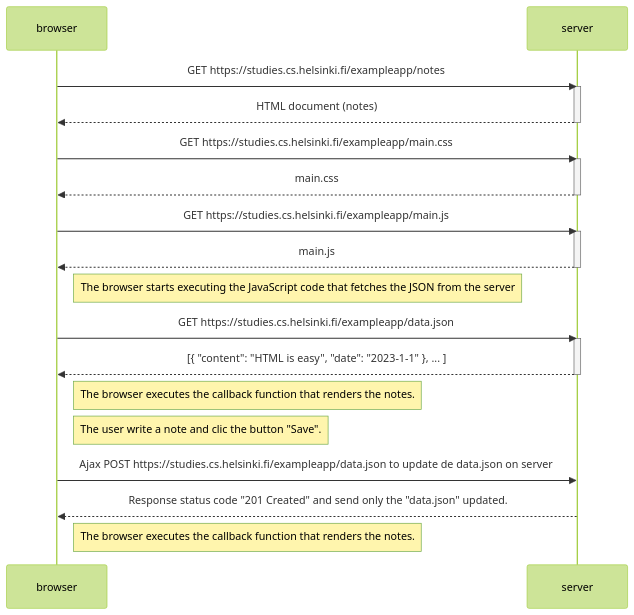
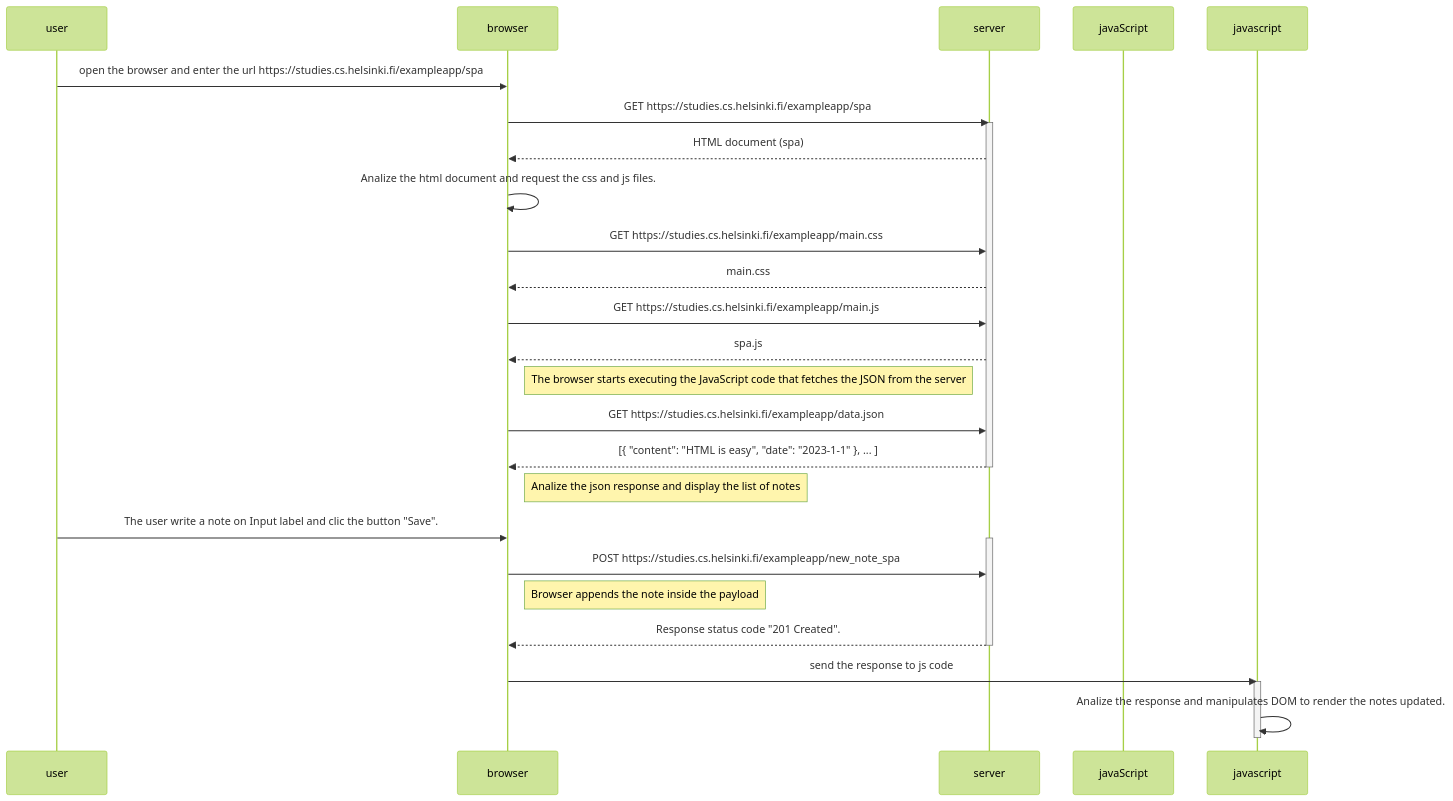
One commit to FedericoIseas/Part0 changed the diagram in 0.6.md. Above: the diagram before and after it, drawn with Mermaid (forest theme). The commit also changed 2 other files, not shown here.

Commit message:
part 0 finished

````diff
--- a/0.6.md
+++ b/0.6.md
@@ -1,39 +1,52 @@
 ```mermaid
 sequenceDiagram
+    participant user
     participant browser
     participant server
+    participant javaScript
 
-    browser->>server: GET https://studies.cs.helsinki.fi/exampleapp/notes
+    %% first load %%
+    user->>browser: open the browser and enter the url https://studies.cs.helsinki.fi/exampleapp/spa
+
+    browser->>server: GET https://studies.cs.helsinki.fi/exampleapp/spa
     activate server
-    server-->>browser: HTML document (notes)
-    deactivate server
+    server-->>browser: HTML document (spa)
+
+    browser->>browser: Analize the html document and request the css and js files.
 
     browser->>server: GET https://studies.cs.helsinki.fi/exampleapp/main.css
-    activate server
+    
     server-->>browser: main.css
-    deactivate server
 
     browser->>server: GET https://studies.cs.helsinki.fi/exampleapp/main.js
-    activate server
-    server-->>browser: main.js
-    deactivate server
+    
+    server-->>browser: spa.js
 
     Note right of browser: The browser starts executing the JavaScript code that fetches the JSON from the server
 
     browser->>server: GET https://studies.cs.helsinki.fi/exampleapp/data.json
-    activate server
+    
     server-->>browser: [{ "content": "HTML is easy", "date": "2023-1-1" }, ... ]
     deactivate server
 
-    Note right of browser: The browser executes the callback function that renders the notes.
+    Note right of browser: Analize the json response and display the list of notes
     
-    Note right of browser: The user write a note and clic the button "Save".
+    user->>browser: The user write a note on Input label and clic the button "Save".
+    activate server
 
-    browser->>server: Ajax POST https://studies.cs.helsinki.fi/exampleapp/data.json to update de data.json on server
+    browser->>server: POST https://studies.cs.helsinki.fi/exampleapp/new_note_spa
 
-    server-->>browser: Response status code "201 Created" and send only the "data.json" updated.
+    Note right of browser: Browser appends the note inside the payload
 
-    Note right of browser: The browser executes the callback function that renders the notes.
+    server-->>browser: Response status code "201 Created".
+    deactivate server
+    
+    browser->>javascript: send the response to js code
+    activate javascript
+    javascript->>javascript: Analize the response and manipulates DOM to render the notes updated.
+    deactivate javascript
+
+
 
     
 ```
````
